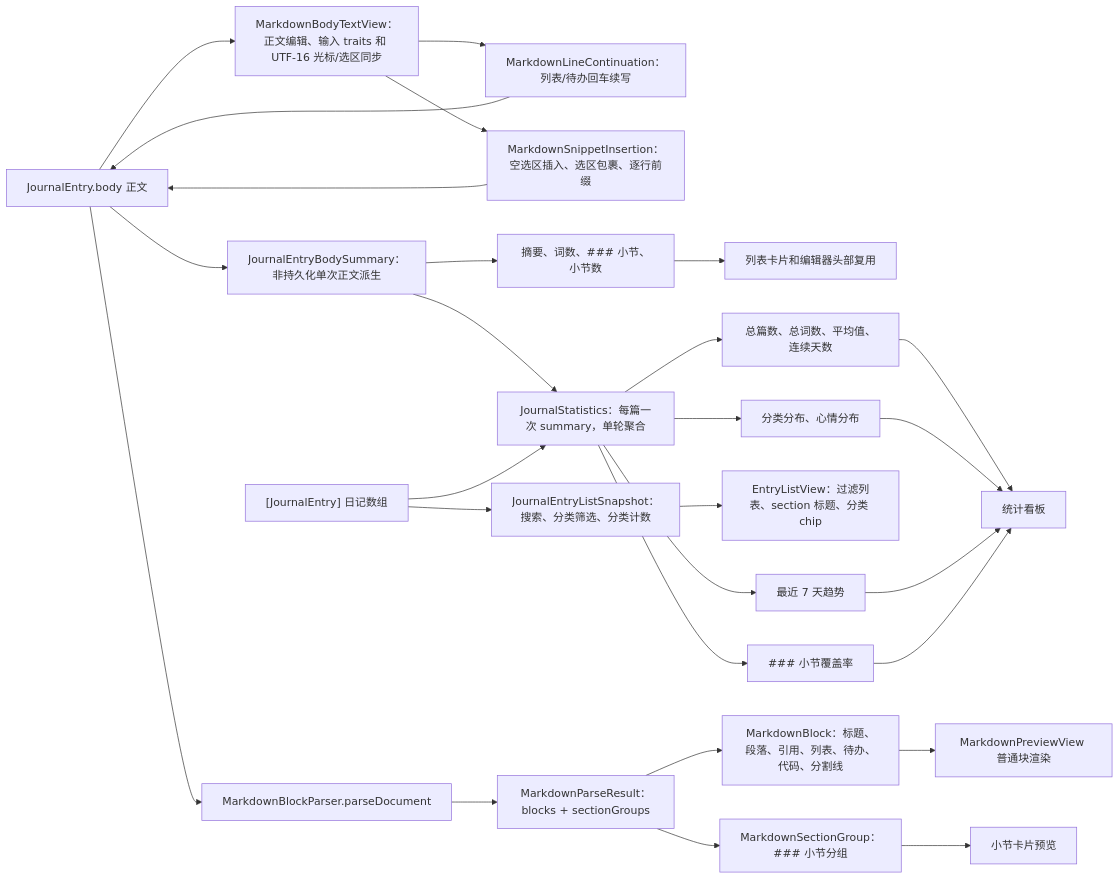
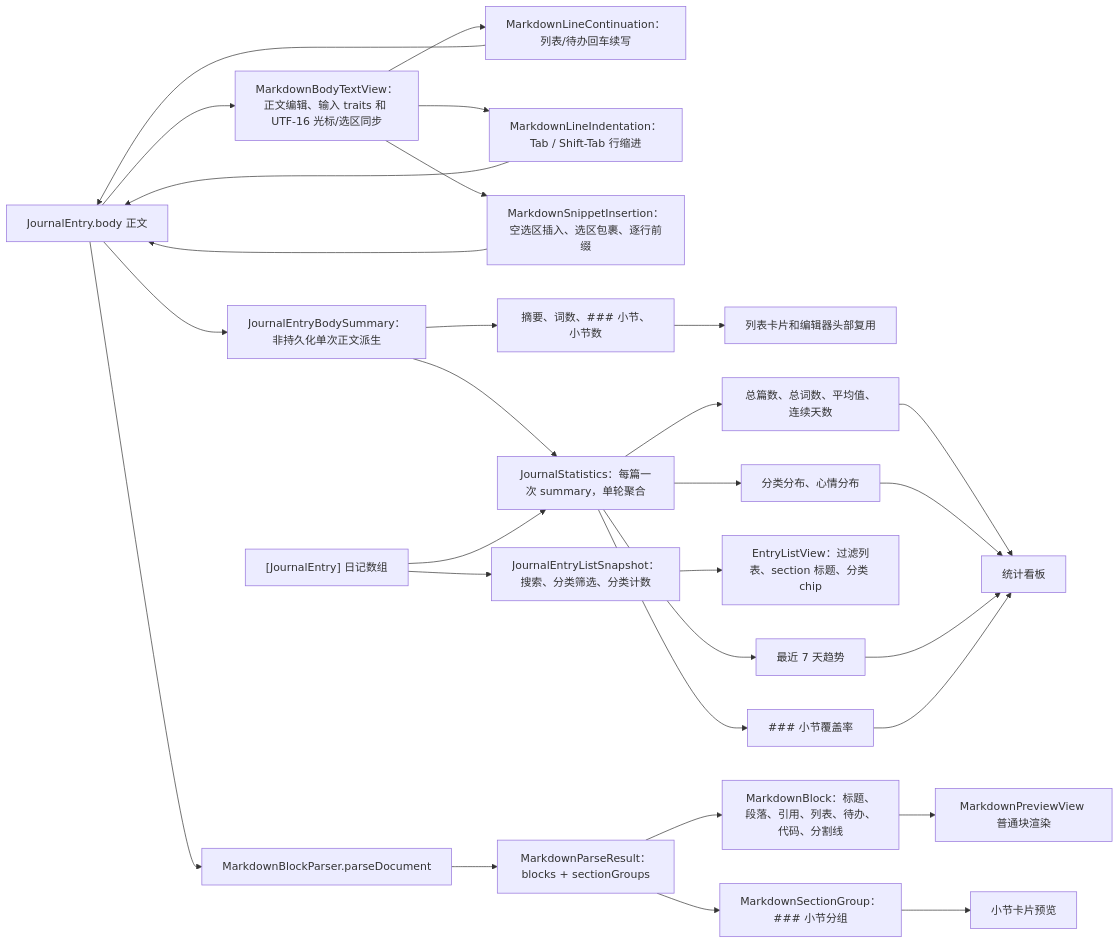
The fourth of 6 diagrams in md/flow/flowchart.md (Altman-sam114/117), drawn with Mermaid before and after one commit. The commit also changed other lines of this file and 10 other files, not shown here.

Commit message:
v0.20 支持 Markdown 行缩进

````diff
--- a/md/flow/flowchart.md
+++ b/md/flow/flowchart.md
@@ -113,29 +115,31 @@
 ```mermaid
 flowchart LR
   Body["JournalEntry.body 正文"] --> Summary["JournalEntryBodySummary：非持久化单次正文派生"]
   Body --> BodyText["MarkdownBodyTextView：正文编辑、输入 traits 和 UTF-16 光标/选区同步"]
   BodyText --> ContinueRule["MarkdownLineContinuation：列表/待办回车续写"]
   ContinueRule --> Body
+  BodyText --> IndentRule["MarkdownLineIndentation：Tab / Shift-Tab 行缩进"]
+  IndentRule --> Body
   BodyText --> InsertRule["MarkdownSnippetInsertion：空选区插入、选区包裹、逐行前缀"]
   InsertRule --> Body
   Summary --> Excerpt["摘要、词数、### 小节、小节数"]
   Excerpt --> RowEditor["列表卡片和编辑器头部复用"]
   Summary --> Statistics["JournalStatistics：每篇一次 summary，单轮聚合"]
   Body --> Parse["MarkdownBlockParser.parseDocument"]
   Parse --> Result["MarkdownParseResult：blocks + sectionGroups"]
   Result --> Blocks["MarkdownBlock：标题、段落、引用、列表、待办、代码、分割线"]
   Blocks --> Preview["MarkdownPreviewView 普通块渲染"]
   Result --> Sections["MarkdownSectionGroup：### 小节分组"]
   Sections --> SectionPreview["小节卡片预览"]
   Entries["[JournalEntry] 日记数组"] --> Statistics
   Entries --> ListSnapshot2["JournalEntryListSnapshot：搜索、分类筛选、分类计数"]
   ListSnapshot2 --> ListView["EntryListView：过滤列表、section 标题、分类 chip"]
   Statistics --> Metrics["总篇数、总词数、平均值、连续天数"]
   Statistics --> Distributions["分类分布、心情分布"]
   Statistics --> Trend["最近 7 天趋势"]
   Statistics --> Coverage["### 小节覆盖率"]
   Metrics --> Dashboard["统计看板"]
   Distributions --> Dashboard
   Trend --> Dashboard
   Coverage --> Dashboard
 ```
````
